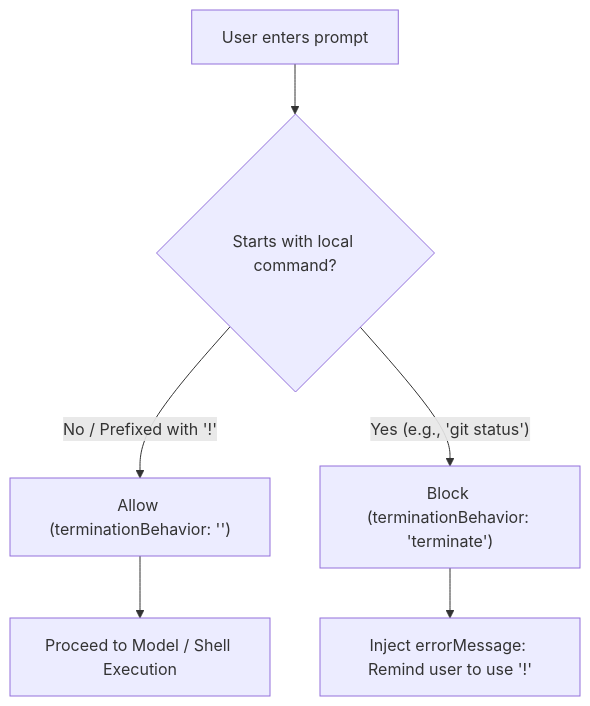
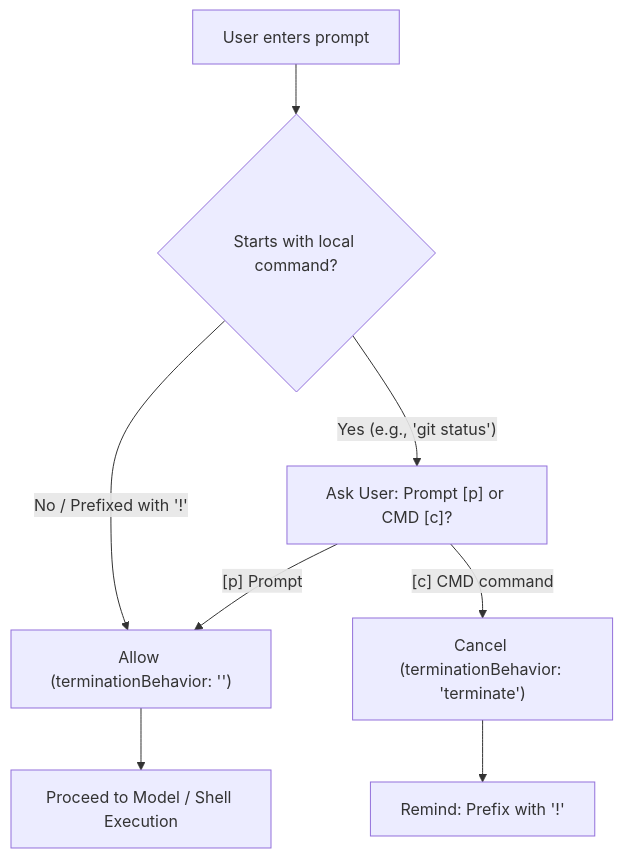
Before and after one commit to adublanche/antigravity-bash-guard: the diagram in README.md, drawn with Mermaid. The commit also changed other lines of this file and 1 other file, not shown here.

Commit message:
feat: add interactive prompt/cmd choice and expand monitored commands (systemctl, sudo, etc.)

````diff
--- a/README.md
+++ b/README.md
@@ -42,6 +50,8 @@
 ```mermaid
 flowchart TD
     A[User enters prompt] --> B{Starts with local command?}
     B -- "No / Prefixed with '!'" --> C["Allow (terminationBehavior: '')"] --> D[Proceed to Model / Shell Execution]
-    B -- "Yes (e.g., 'git status')" --> E["Block (terminationBehavior: 'terminate')"] --> F["Inject errorMessage: Remind user to use '!'"]
+    B -- "Yes (e.g., 'git status')" --> E["Ask User: Prompt [p] or CMD [c]?"]
+    E -- "[p] Prompt" --> C
+    E -- "[c] CMD command" --> F["Cancel (terminationBehavior: 'terminate')"] --> G["Remind: Prefix with '!'"]
 ```
````
